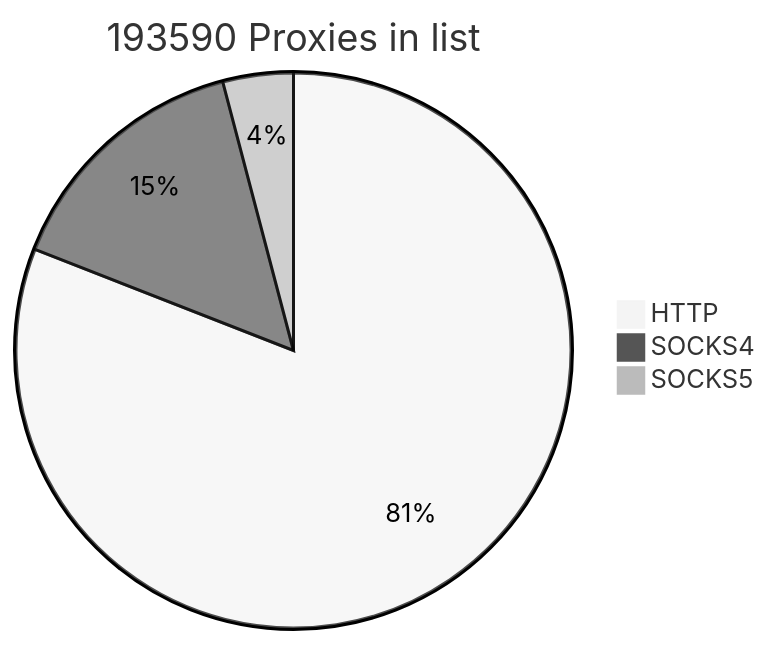
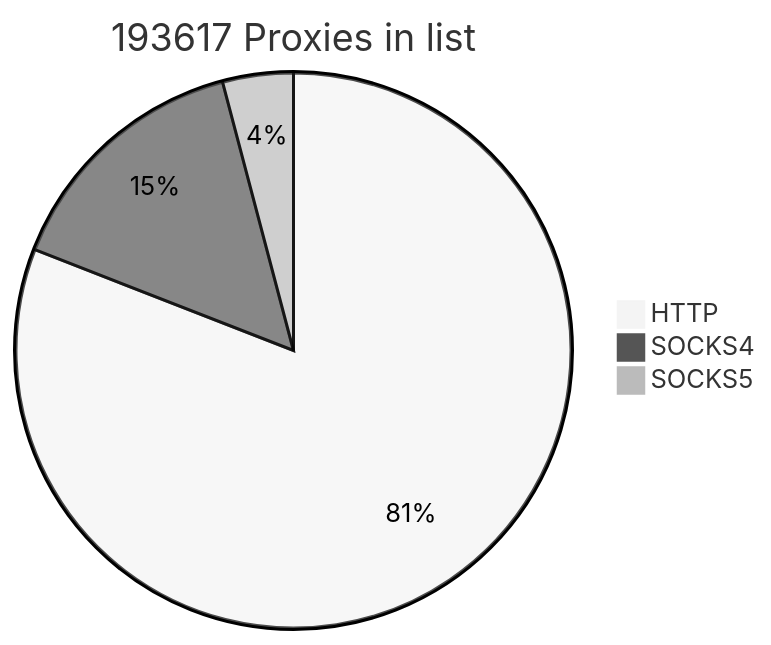
One commit to cutipu/proxylist changed the first of 2 diagrams in README.md. Above: the diagram before and after it, drawn with Mermaid (neutral theme). The commit also changed other lines of this file, not shown here.

````diff
--- a/README.md
+++ b/README.md
@@ -2,7 +2,7 @@
 ```mermaid
-pie title 193590 Proxies in list
+pie title 193617 Proxies in list
     "HTTP" : 156676
     "SOCKS4" : 28980
-    "SOCKS5" : 7934
+    "SOCKS5" : 7961
             
 ```
````
